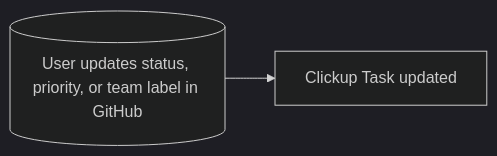
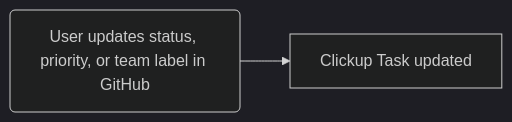
Before and after one commit to chingu-x/minervabot: the second of 2 diagrams in README.md, drawn with Mermaid (dark theme). The commit also changed other lines of this file, not shown here.

Commit message:
Feature: Add operation diagram

````diff
--- a/README.md
+++ b/README.md
@@ -46,4 +46,4 @@
 ```mermaid
 graph LR
-    A[("User updates status, priority, or team label in GitHub")] --> B["Clickup Task updated"]
+    A("User updates status, priority, or team label in GitHub") --> B["Clickup Task updated"]
 ```
````
